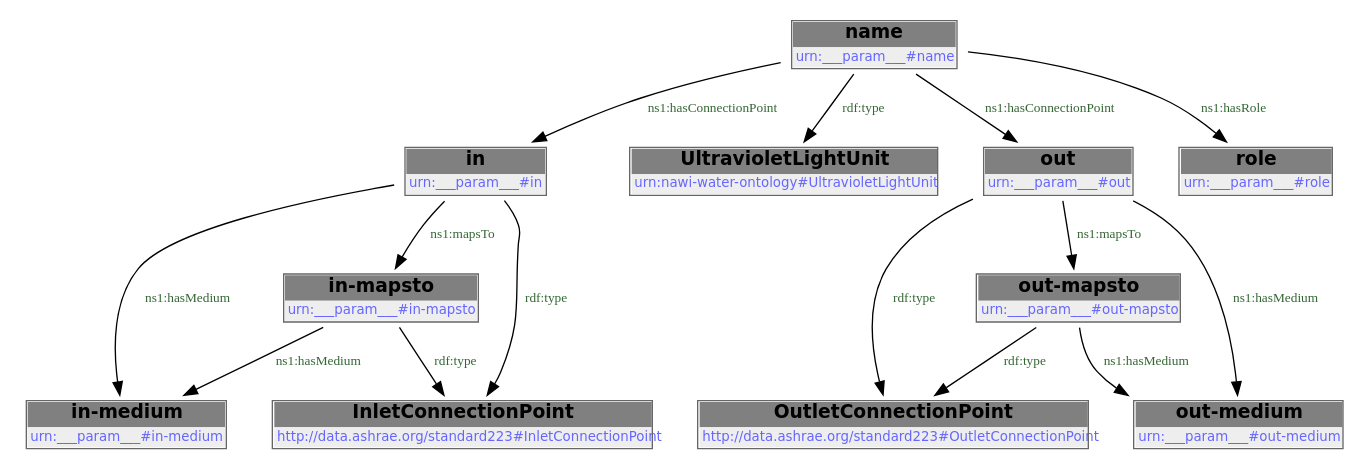
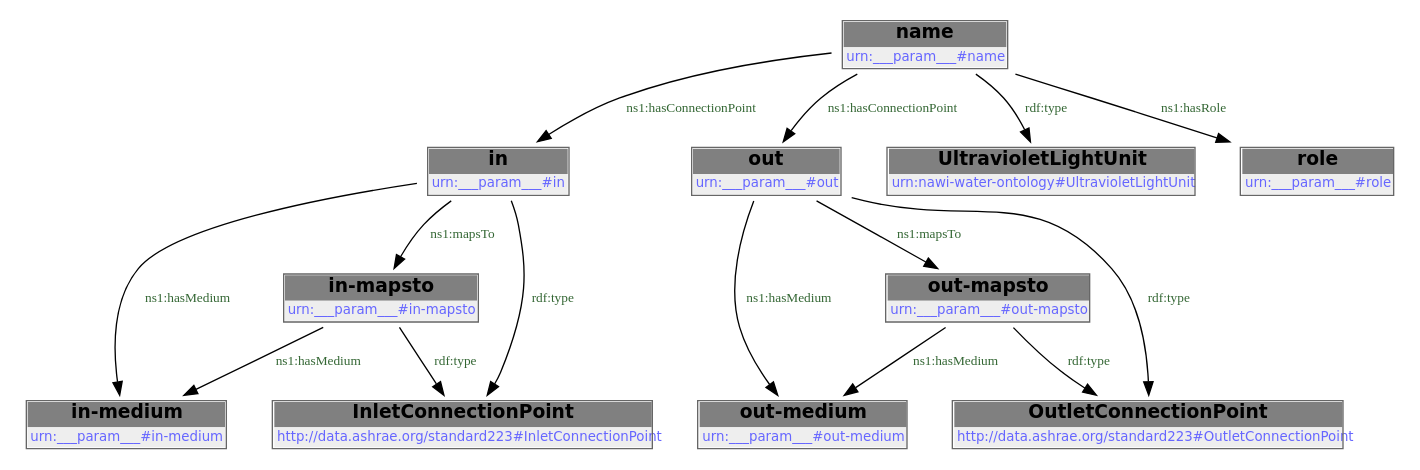
The second of 2 diagrams in docs/libraries/templates/uv-reactor.rst (DataDrivenCPS/water-ontology), drawn with Graphviz before and after one commit. The commit also changed other lines of this file and 33 other files, not shown here.

```diff
--- a/docs/libraries/templates/uv-reactor.rst
+++ b/docs/libraries/templates/uv-reactor.rst
@@ -96,30 +96,30 @@
         .. graphviz::
 
                 digraph G {
             node [fontname="DejaVu Sans"];
             node0 -> node1 [color=BLACK, label=< <font point-size='10' color='#336633'>ns1:hasMedium</font> >];
-            node0 -> node2 [color=BLACK, label=< <font point-size='10' color='#336633'>ns1:mapsTo</font> >];
-            node3 -> node4 [color=BLACK, label=< <font point-size='10' color='#336633'>rdf:type</font> >];
-            node5 -> node6 [color=BLACK, label=< <font point-size='10' color='#336633'>rdf:type</font> >];
-            node5 -> node0 [color=BLACK, label=< <font point-size='10' color='#336633'>ns1:hasConnectionPoint</font> >];
-            node7 -> node8 [color=BLACK, label=< <font point-size='10' color='#336633'>ns1:hasMedium</font> >];
-            node7 -> node3 [color=BLACK, label=< <font point-size='10' color='#336633'>ns1:mapsTo</font> >];
-            node2 -> node1 [color=BLACK, label=< <font point-size='10' color='#336633'>ns1:hasMedium</font> >];
-            node3 -> node8 [color=BLACK, label=< <font point-size='10' color='#336633'>ns1:hasMedium</font> >];
-            node0 -> node9 [color=BLACK, label=< <font point-size='10' color='#336633'>rdf:type</font> >];
-            node5 -> node7 [color=BLACK, label=< <font point-size='10' color='#336633'>ns1:hasConnectionPoint</font> >];
-            node7 -> node4 [color=BLACK, label=< <font point-size='10' color='#336633'>rdf:type</font> >];
+            node2 -> node3 [color=BLACK, label=< <font point-size='10' color='#336633'>ns1:hasMedium</font> >];
+            node4 -> node2 [color=BLACK, label=< <font point-size='10' color='#336633'>ns1:hasConnectionPoint</font> >];
+            node4 -> node5 [color=BLACK, label=< <font point-size='10' color='#336633'>ns1:hasConnectionPoint</font> >];
+            node6 -> node3 [color=BLACK, label=< <font point-size='10' color='#336633'>ns1:hasMedium</font> >];
+            node4 -> node7 [color=BLACK, label=< <font point-size='10' color='#336633'>rdf:type</font> >];
+            node4 -> node8 [color=BLACK, label=< <font point-size='10' color='#336633'>ns1:hasRole</font> >];
+            node5 -> node1 [color=BLACK, label=< <font point-size='10' color='#336633'>ns1:hasMedium</font> >];
+            node5 -> node0 [color=BLACK, label=< <font point-size='10' color='#336633'>ns1:mapsTo</font> >];
             node2 -> node9 [color=BLACK, label=< <font point-size='10' color='#336633'>rdf:type</font> >];
-            node5 -> node10 [color=BLACK, label=< <font point-size='10' color='#336633'>ns1:hasRole</font> >];
-            node0 [shape=none, color=black, label=< <table color='#666666' cellborder='0' cellspacing='0' border='1'><tr><td colspan='2' bgcolor='grey'><B>in</B></td></tr><tr><td href='urn:___param___#in' bgcolor='#eeeeee' colspan='2'><font point-size='10' color='#6666ff'>urn:___param___#in</font></td></tr></table> >];
-            node1 [shape=none, color=black, label=< <table color='#666666' cellborder='0' cellspacing='0' border='1'><tr><td colspan='2' bgcolor='grey'><B>in-medium</B></td></tr><tr><td href='urn:___param___#in-medium' bgcolor='#eeeeee' colspan='2'><font point-size='10' color='#6666ff'>urn:___param___#in-medium</font></td></tr></table> >];
-            node2 [shape=none, color=black, label=< <table color='#666666' cellborder='0' cellspacing='0' border='1'><tr><td colspan='2' bgcolor='grey'><B>in-mapsto</B></td></tr><tr><td href='urn:___param___#in-mapsto' bgcolor='#eeeeee' colspan='2'><font point-size='10' color='#6666ff'>urn:___param___#in-mapsto</font></td></tr></table> >];
-            node3 [shape=none, color=black, label=< <table color='#666666' cellborder='0' cellspacing='0' border='1'><tr><td colspan='2' bgcolor='grey'><B>out-mapsto</B></td></tr><tr><td href='urn:___param___#out-mapsto' bgcolor='#eeeeee' colspan='2'><font point-size='10' color='#6666ff'>urn:___param___#out-mapsto</font></td></tr></table> >];
-            node4 [shape=none, color=black, label=< <table color='#666666' cellborder='0' cellspacing='0' border='1'><tr><td colspan='2' bgcolor='grey'><B>OutletConnectionPoint</B></td></tr><tr><td href='http://data.ashrae.org/standard223#OutletConnectionPoint' bgcolor='#eeeeee' colspan='2'><font point-size='10' color='#6666ff'>http://data.ashrae.org/standard223#OutletConnectionPoint</font></td></tr></table> >];
-            node5 [shape=none, color=black, label=< <table color='#666666' cellborder='0' cellspacing='0' border='1'><tr><td colspan='2' bgcolor='grey'><B>name</B></td></tr><tr><td href='urn:___param___#name' bgcolor='#eeeeee' colspan='2'><font point-size='10' color='#6666ff'>urn:___param___#name</font></td></tr></table> >];
-            node6 [shape=none, color=black, label=< <table color='#666666' cellborder='0' cellspacing='0' border='1'><tr><td colspan='2' bgcolor='grey'><B>UltravioletLightUnit</B></td></tr><tr><td href='urn:nawi-water-ontology#UltravioletLightUnit' bgcolor='#eeeeee' colspan='2'><font point-size='10' color='#6666ff'>urn:nawi-water-ontology#UltravioletLightUnit</font></td></tr></table> >];
-            node7 [shape=none, color=black, label=< <table color='#666666' cellborder='0' cellspacing='0' border='1'><tr><td colspan='2' bgcolor='grey'><B>out</B></td></tr><tr><td href='urn:___param___#out' bgcolor='#eeeeee' colspan='2'><font point-size='10' color='#6666ff'>urn:___param___#out</font></td></tr></table> >];
-            node8 [shape=none, color=black, label=< <table color='#666666' cellborder='0' cellspacing='0' border='1'><tr><td colspan='2' bgcolor='grey'><B>out-medium</B></td></tr><tr><td href='urn:___param___#out-medium' bgcolor='#eeeeee' colspan='2'><font point-size='10' color='#6666ff'>urn:___param___#out-medium</font></td></tr></table> >];
+            node0 -> node10 [color=BLACK, label=< <font point-size='10' color='#336633'>rdf:type</font> >];
+            node6 -> node9 [color=BLACK, label=< <font point-size='10' color='#336633'>rdf:type</font> >];
+            node2 -> node6 [color=BLACK, label=< <font point-size='10' color='#336633'>ns1:mapsTo</font> >];
+            node5 -> node10 [color=BLACK, label=< <font point-size='10' color='#336633'>rdf:type</font> >];
+            node0 [shape=none, color=black, label=< <table color='#666666' cellborder='0' cellspacing='0' border='1'><tr><td colspan='2' bgcolor='grey'><B>out-mapsto</B></td></tr><tr><td href='urn:___param___#out-mapsto' bgcolor='#eeeeee' colspan='2'><font point-size='10' color='#6666ff'>urn:___param___#out-mapsto</font></td></tr></table> >];
+            node1 [shape=none, color=black, label=< <table color='#666666' cellborder='0' cellspacing='0' border='1'><tr><td colspan='2' bgcolor='grey'><B>out-medium</B></td></tr><tr><td href='urn:___param___#out-medium' bgcolor='#eeeeee' colspan='2'><font point-size='10' color='#6666ff'>urn:___param___#out-medium</font></td></tr></table> >];
+            node2 [shape=none, color=black, label=< <table color='#666666' cellborder='0' cellspacing='0' border='1'><tr><td colspan='2' bgcolor='grey'><B>in</B></td></tr><tr><td href='urn:___param___#in' bgcolor='#eeeeee' colspan='2'><font point-size='10' color='#6666ff'>urn:___param___#in</font></td></tr></table> >];
+            node3 [shape=none, color=black, label=< <table color='#666666' cellborder='0' cellspacing='0' border='1'><tr><td colspan='2' bgcolor='grey'><B>in-medium</B></td></tr><tr><td href='urn:___param___#in-medium' bgcolor='#eeeeee' colspan='2'><font point-size='10' color='#6666ff'>urn:___param___#in-medium</font></td></tr></table> >];
+            node4 [shape=none, color=black, label=< <table color='#666666' cellborder='0' cellspacing='0' border='1'><tr><td colspan='2' bgcolor='grey'><B>name</B></td></tr><tr><td href='urn:___param___#name' bgcolor='#eeeeee' colspan='2'><font point-size='10' color='#6666ff'>urn:___param___#name</font></td></tr></table> >];
+            node5 [shape=none, color=black, label=< <table color='#666666' cellborder='0' cellspacing='0' border='1'><tr><td colspan='2' bgcolor='grey'><B>out</B></td></tr><tr><td href='urn:___param___#out' bgcolor='#eeeeee' colspan='2'><font point-size='10' color='#6666ff'>urn:___param___#out</font></td></tr></table> >];
+            node6 [shape=none, color=black, label=< <table color='#666666' cellborder='0' cellspacing='0' border='1'><tr><td colspan='2' bgcolor='grey'><B>in-mapsto</B></td></tr><tr><td href='urn:___param___#in-mapsto' bgcolor='#eeeeee' colspan='2'><font point-size='10' color='#6666ff'>urn:___param___#in-mapsto</font></td></tr></table> >];
+            node7 [shape=none, color=black, label=< <table color='#666666' cellborder='0' cellspacing='0' border='1'><tr><td colspan='2' bgcolor='grey'><B>UltravioletLightUnit</B></td></tr><tr><td href='urn:nawi-water-ontology#UltravioletLightUnit' bgcolor='#eeeeee' colspan='2'><font point-size='10' color='#6666ff'>urn:nawi-water-ontology#UltravioletLightUnit</font></td></tr></table> >];
+            node8 [shape=none, color=black, label=< <table color='#666666' cellborder='0' cellspacing='0' border='1'><tr><td colspan='2' bgcolor='grey'><B>role</B></td></tr><tr><td href='urn:___param___#role' bgcolor='#eeeeee' colspan='2'><font point-size='10' color='#6666ff'>urn:___param___#role</font></td></tr></table> >];
             node9 [shape=none, color=black, label=< <table color='#666666' cellborder='0' cellspacing='0' border='1'><tr><td colspan='2' bgcolor='grey'><B>InletConnectionPoint</B></td></tr><tr><td href='http://data.ashrae.org/standard223#InletConnectionPoint' bgcolor='#eeeeee' colspan='2'><font point-size='10' color='#6666ff'>http://data.ashrae.org/standard223#InletConnectionPoint</font></td></tr></table> >];
-            node10 [shape=none, color=black, label=< <table color='#666666' cellborder='0' cellspacing='0' border='1'><tr><td colspan='2' bgcolor='grey'><B>role</B></td></tr><tr><td href='urn:___param___#role' bgcolor='#eeeeee' colspan='2'><font point-size='10' color='#6666ff'>urn:___param___#role</font></td></tr></table> >];
+            node10 [shape=none, color=black, label=< <table color='#666666' cellborder='0' cellspacing='0' border='1'><tr><td colspan='2' bgcolor='grey'><B>OutletConnectionPoint</B></td></tr><tr><td href='http://data.ashrae.org/standard223#OutletConnectionPoint' bgcolor='#eeeeee' colspan='2'><font point-size='10' color='#6666ff'>http://data.ashrae.org/standard223#OutletConnectionPoint</font></td></tr></table> >];
             }
```
